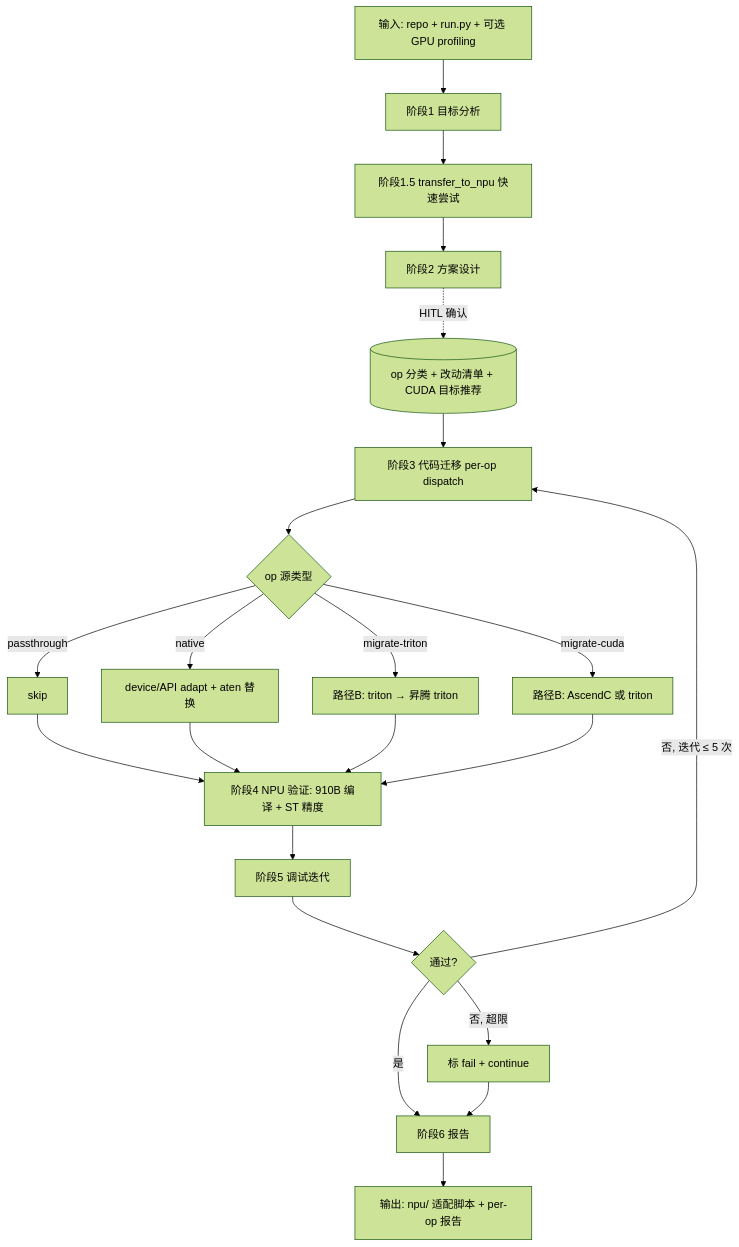
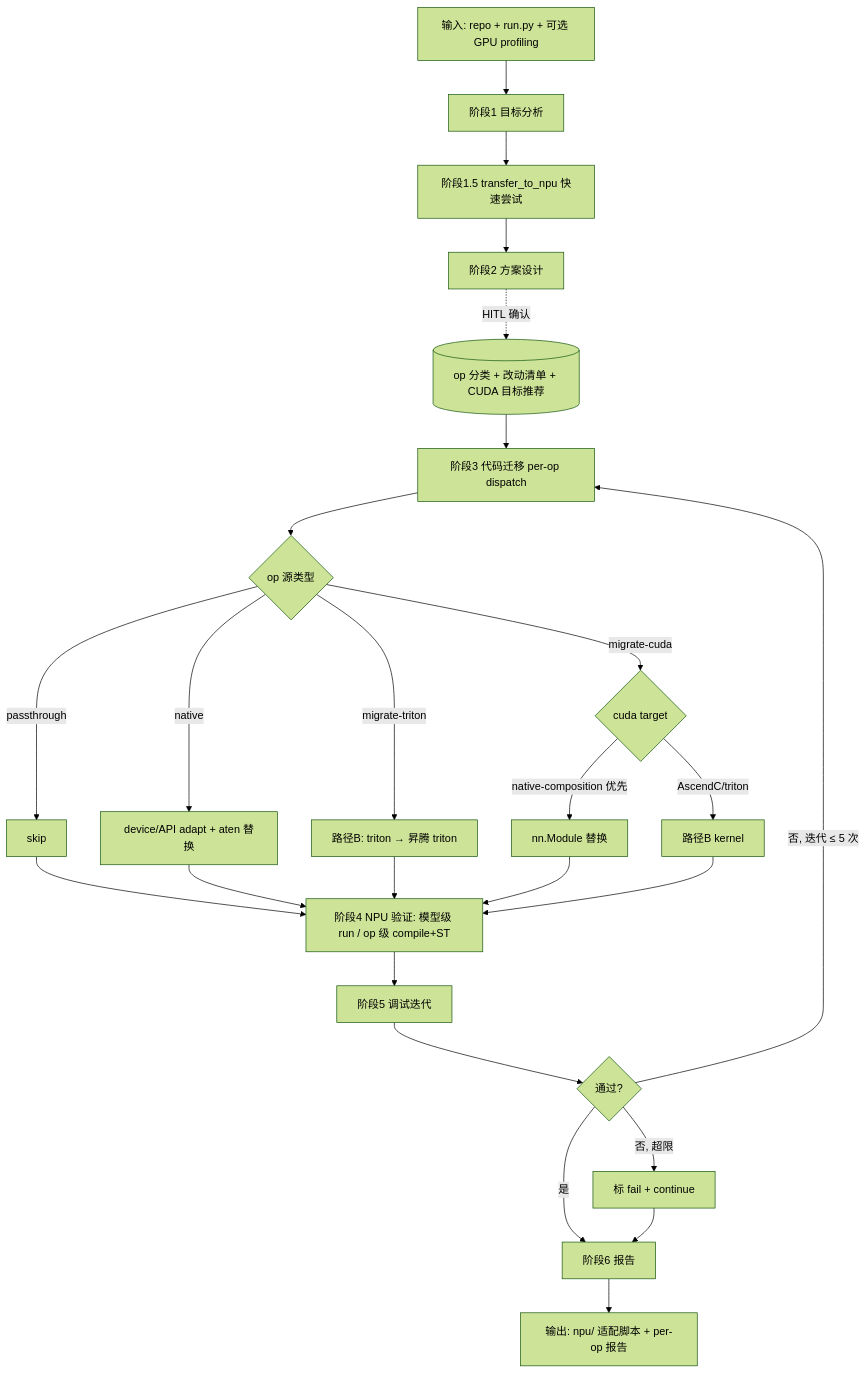
One commit to SimmerChan/ascend_op_agent changed the diagram in docs/brainstorms/2026-07-06-003-path-a-model-migration-requirements.md. Above: the diagram before and after it, drawn with Mermaid (forest theme). The commit also changed other lines of this file and 1 other file, not shown here.

First line of the commit message:
docs(path-a): migrate-cuda 加 native-composition target(优先原生 API 等价实现)

````diff
--- a/docs/brainstorms/2026-07-06-003-path-a-model-migration-requirements.md
+++ b/docs/brainstorms/2026-07-06-003-path-a-model-migration-requirements.md
@@ -57,21 +58,23 @@
 ```mermaid
 flowchart TB
   IN[输入: repo + run.py + 可选 GPU profiling] --> P1[阶段1 目标分析]
   P1 --> P15[阶段1.5 transfer_to_npu 快速尝试]
   P15 --> P2[阶段2 方案设计]
   P2 -. HITL 确认 .-> P2H[(op 分类 + 改动清单 + CUDA 目标推荐)]
   P2H --> P3[阶段3 代码迁移 per-op dispatch]
   P3 --> D{op 源类型}
   D -->|passthrough| S1[skip]
   D -->|native| S2[device/API adapt + aten 替换]
   D -->|migrate-triton| S3[路径B: triton → 昇腾 triton]
-  D -->|migrate-cuda| S4[路径B: AscendC 或 triton]
-  S1 & S2 & S3 & S4 --> P4[阶段4 NPU 验证: 910B 编译 + ST 精度]
+  D -->|migrate-cuda| S4{cuda target}
+  S4 -->|native-composition 优先| S4a[nn.Module 替换]
+  S4 -->|AscendC/triton| S4b[路径B kernel]
+  S1 & S2 & S3 & S4a & S4b --> P4[阶段4 NPU 验证: 模型级 run / op 级 compile+ST]
   P4 --> P5[阶段5 调试迭代]
   P5 --> DEC{通过?}
   DEC -->|否, 迭代 ≤ 5 次| P3
   DEC -->|否, 超限| FAIL[标 fail + continue]
   DEC -->|是| P6[阶段6 报告]
   FAIL --> P6
   P6 --> OUT[输出: npu/ 适配脚本 + per-op 报告]
 ```
````
